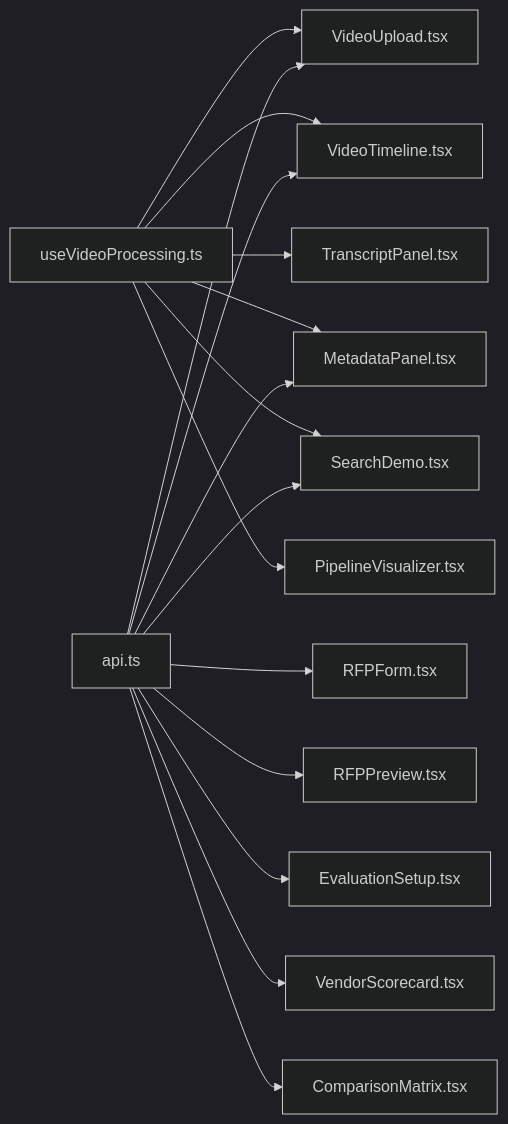
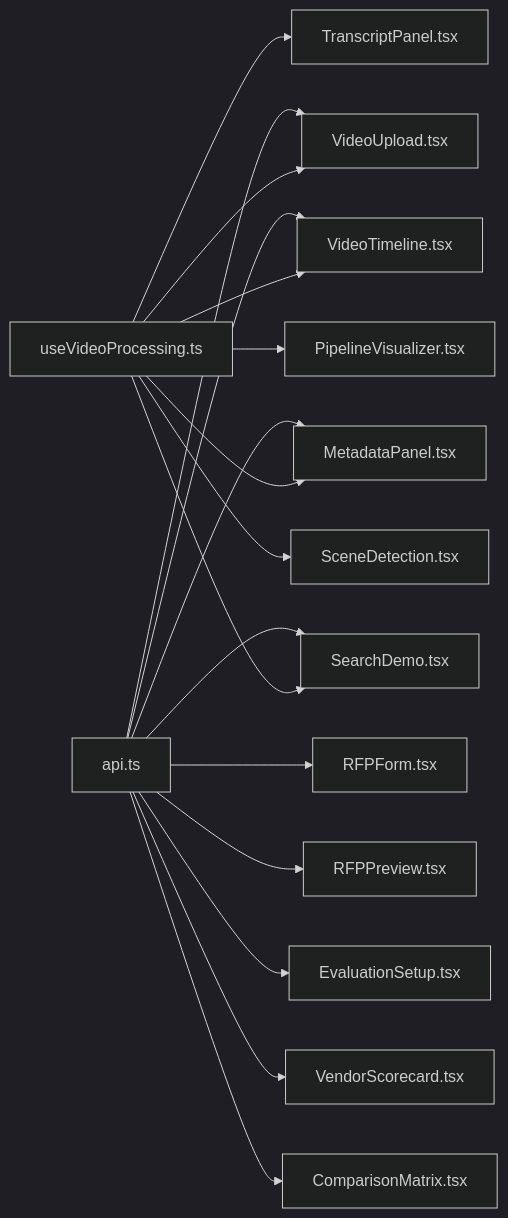
One commit to alexandreybasta-cyber/dubai-media-ai changed the third of 3 diagrams in .qoder/repowiki/en/content/Frontend Application/Component Library.md. Above: the diagram before and after it, drawn with Mermaid (dark theme). The commit also changed other lines of this file and 21 other files, not shown here.

````diff
--- a/.qoder/repowiki/en/content/Frontend Application/Component Library.md
+++ b/.qoder/repowiki/en/content/Frontend Application/Component Library.md
@@ -568,18 +627,19 @@
 ```mermaid
 graph LR
 UV["useVideoProcessing.ts"] --> VU["VideoUpload.tsx"]
 UV --> VT["VideoTimeline.tsx"]
 UV --> TP["TranscriptPanel.tsx"]
 UV --> MP["MetadataPanel.tsx"]
 UV --> SD["SearchDemo.tsx"]
 UV --> PV["PipelineVisualizer.tsx"]
+UV --> SC["SceneDetection.tsx"]
 API["api.ts"] --> VU
 API --> VT
 API --> MP
 API --> SD
 API --> RF["RFPForm.tsx"]
 API --> RP["RFPPreview.tsx"]
 API --> ES["EvaluationSetup.tsx"]
 API --> VS["VendorScorecard.tsx"]
 API --> CM["ComparisonMatrix.tsx"]
 ```
````
